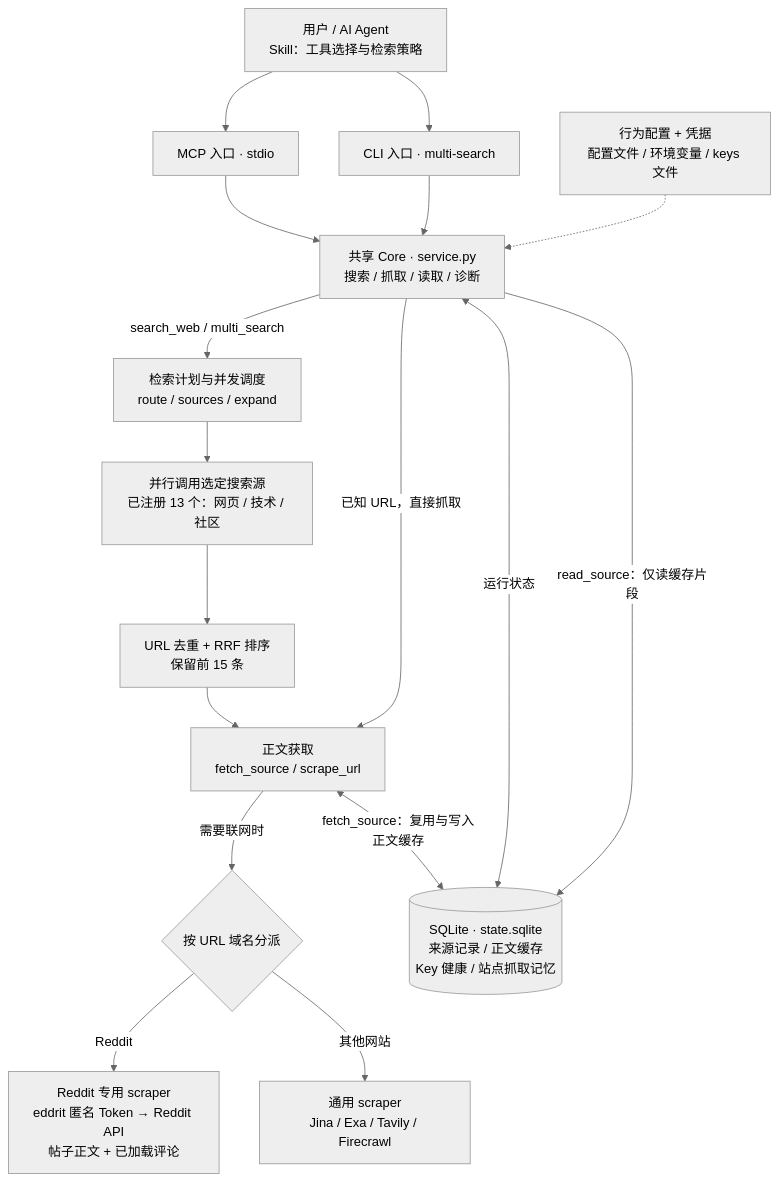
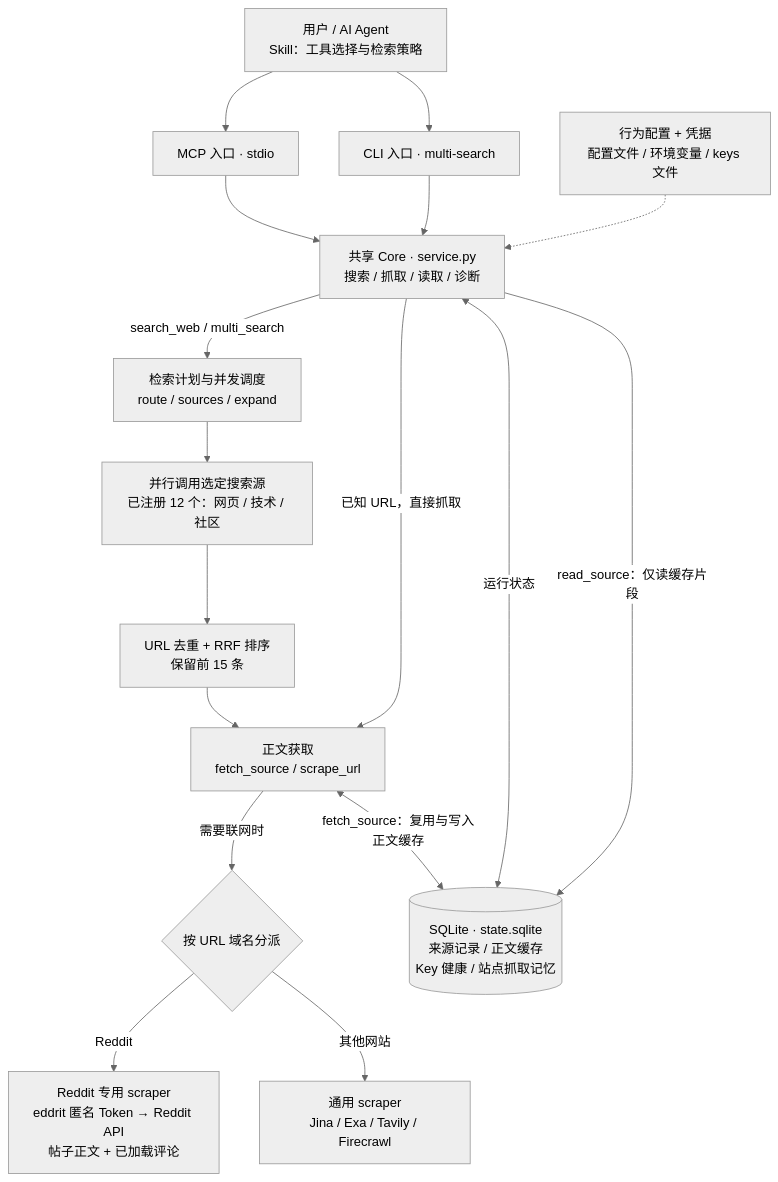
One commit to inorilzy/multi-search-skill changed the diagram in docs/architecture-simple.md. Above: the diagram before and after it, drawn with Mermaid (neutral theme). The commit also changed other lines of this file and 15 other files, not shown here.

````diff
--- a/docs/architecture-simple.md
+++ b/docs/architecture-simple.md
@@ -5,24 +5,24 @@
 ```mermaid
 flowchart TB
     A["用户 / AI Agent<br/>Skill：工具选择与检索策略"]
     A --> M["MCP 入口 · stdio"]
     A --> L["CLI 入口 · multi-search"]
     M --> C["共享 Core · service.py<br/>搜索 / 抓取 / 读取 / 诊断"]
     L --> C
 
     CFG["行为配置 + 凭据<br/>配置文件 / 环境变量 / keys 文件"] -.-> C
     C -->|search_web / multi_search| S["检索计划与并发调度<br/>route / sources / expand"]
-    S --> P["并行调用选定搜索源<br/>已注册 13 个：网页 / 技术 / 社区"]
+    S --> P["并行调用选定搜索源<br/>已注册 12 个：网页 / 技术 / 社区"]
     P --> R["URL 去重 + RRF 排序<br/>保留前 15 条"]
     R --> F["正文获取<br/>fetch_source / scrape_url"]
     C -->|已知 URL，直接抓取| F
 
     F -->|需要联网时| D{"按 URL 域名分派"}
     D -->|Reddit| RE["Reddit 专用 scraper<br/>eddrit 匿名 Token → Reddit API<br/>帖子正文 + 已加载评论"]
     D -->|其他网站| G["通用 scraper<br/>Jina / Exa / Tavily / Firecrawl"]
 
     DB[("SQLite · state.sqlite<br/>来源记录 / 正文缓存<br/>Key 健康 / 站点抓取记忆")]
     C <-->|运行状态| DB
     C -->|read_source：仅读缓存片段| DB
     F <-->|fetch_source：复用与写入正文缓存| DB
 ```
````
